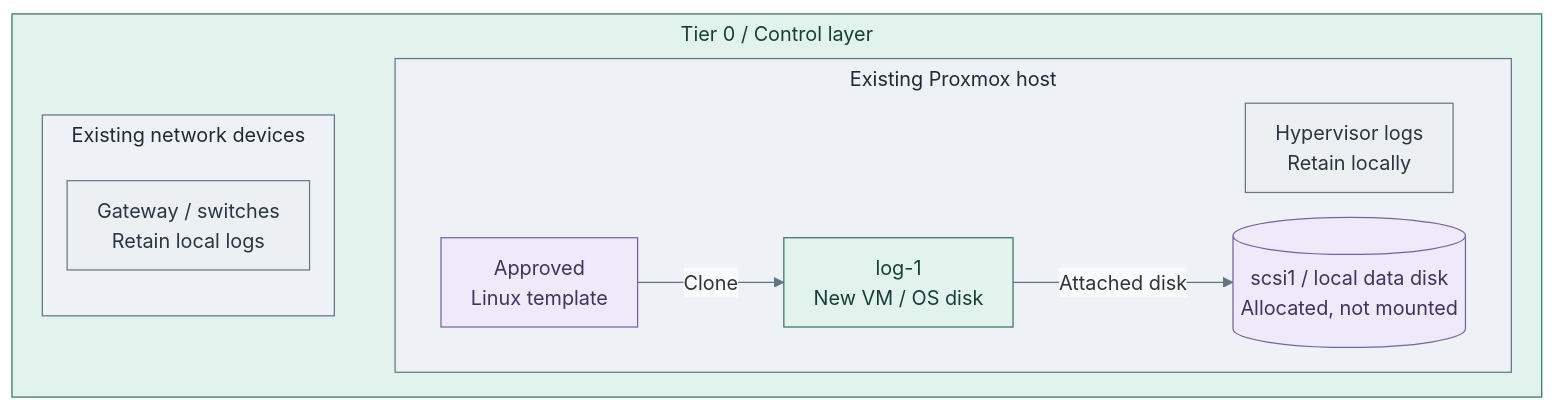
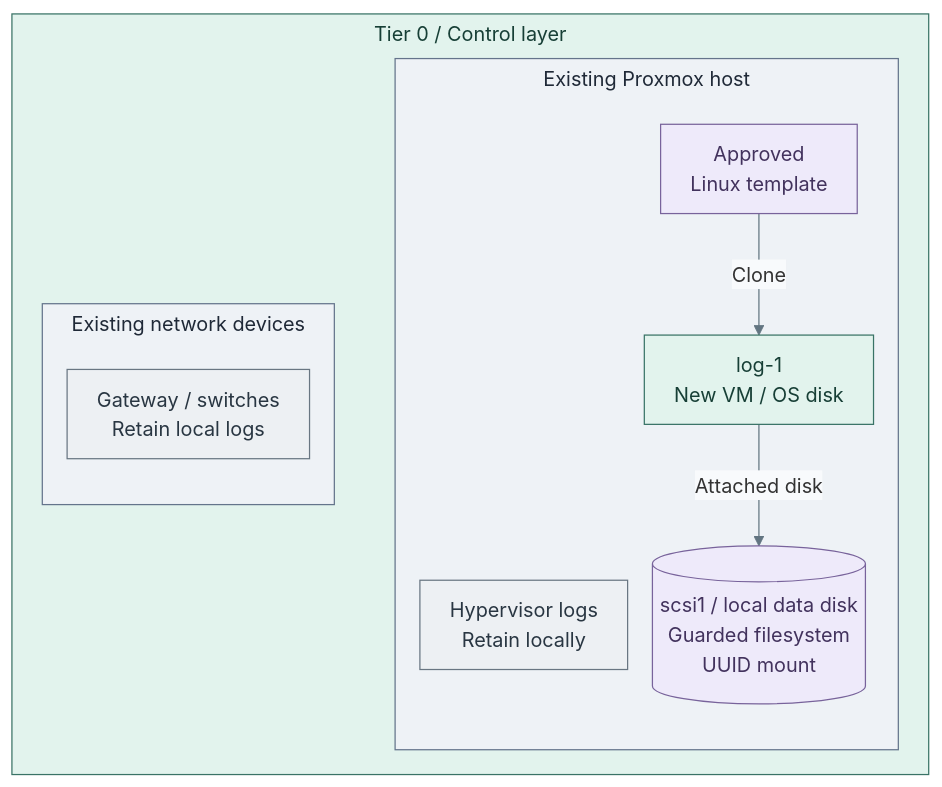
Before and after one commit to Rexus/homelab: the first of 3 diagrams in docs/03-deployment/stage-2-logging/README.md, drawn with Mermaid. The commit also changed other lines of this file and 720 other files, not shown here.

````diff
--- a/docs/03-deployment/stage-2-logging/README.md
+++ b/docs/03-deployment/stage-2-logging/README.md
@@ -52,29 +52,29 @@
 ```mermaid
 %%{init: {"theme":"base","flowchart":{"nodeSpacing":20,"rankSpacing":24,"padding":12,"subGraphTitleMargin":{"top":4,"bottom":12}},"themeVariables":{"lineColor":"#627581","edgeLabelBackground":"#f8fafc"}}}%%
 flowchart LR
   subgraph T0["Tier 0 / Control layer"]
     direction LR
     subgraph Infrastructure["Existing network devices"]
       Devices["Gateway / switches<br/>Retain local logs"]
     end
     subgraph PVE["Existing Proxmox host"]
-      direction LR
+      direction TB
       Host["Hypervisor logs<br/>Retain locally"]
       Template["Approved<br/>Linux template"]
       VM["log-1<br/>New VM / OS disk"]
-      Data[("scsi1 / local data disk<br/>Allocated, not mounted")]
+      Data[("scsi1 / local data disk<br/>Guarded filesystem<br/>UUID mount")]
       Template -->|Clone| VM
       VM -->|Attached disk| Data
     end
     Infrastructure ~~~ PVE
   end
   classDef default fill:#f8fafc,stroke:#64748b,color:#1f2937
   classDef boundary fill:#eef2f6,stroke:#64748b,color:#1f2937
   classDef data fill:#eeeafa,stroke:#78639b,color:#42325d
   classDef control fill:#e2f3ed,stroke:#397366,color:#173f36
   classDef actor fill:#edf0f3,stroke:#697682,color:#293642
   class Infrastructure,PVE boundary
   class Template,Data data
   class T0,VM control
   class Devices,Host actor
 ```
````
